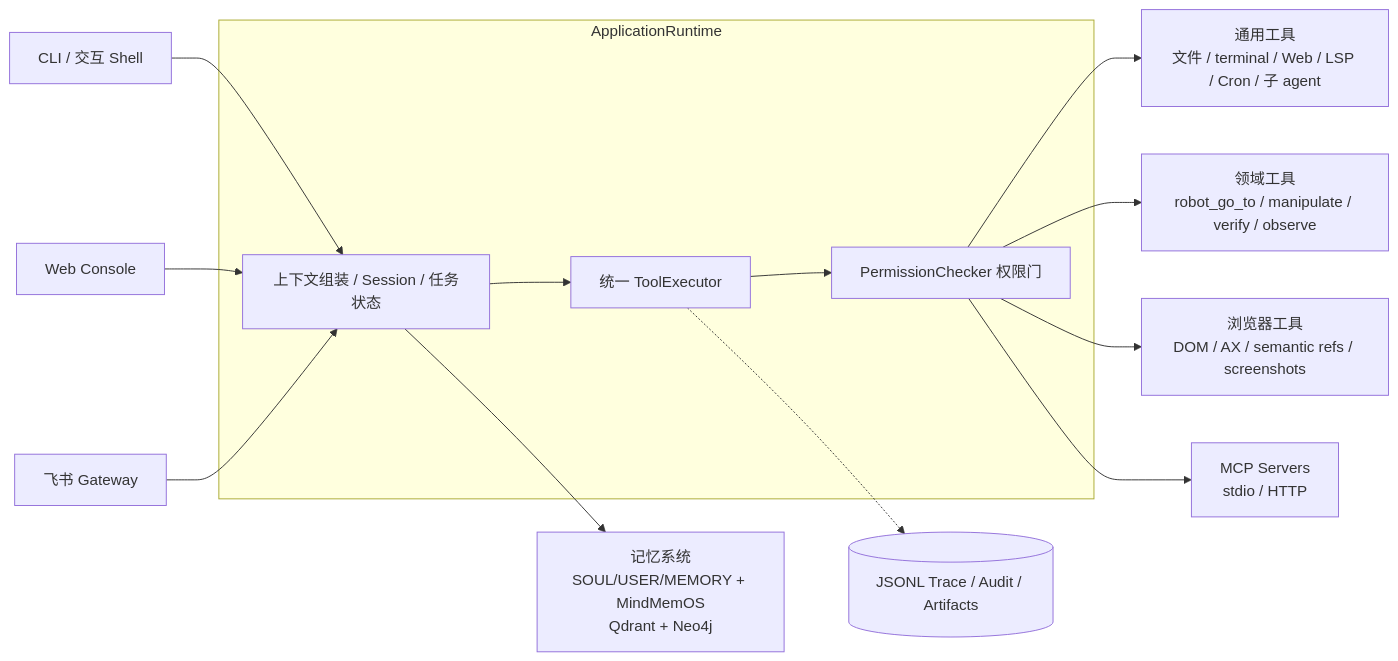
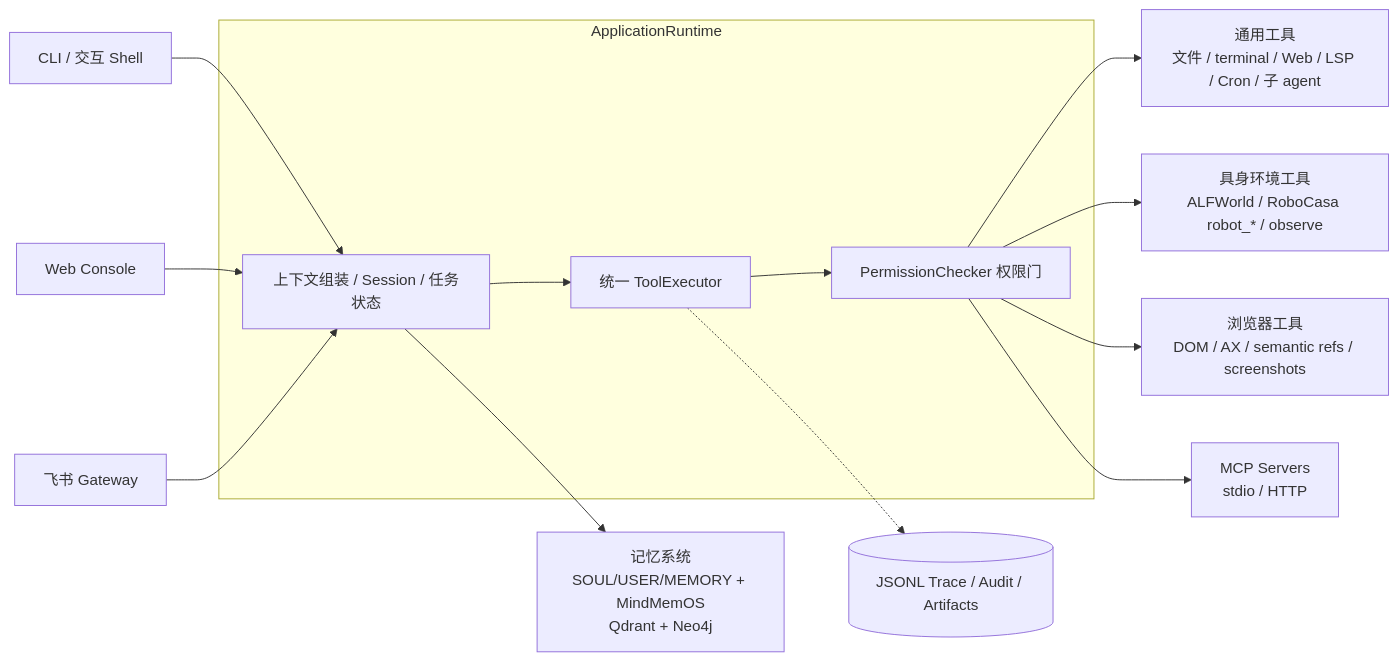
The diagram in README.md (Wylam-Yun/Homemaster), drawn with Mermaid before and after one commit. The commit also changed other lines of this file and 39 other files, not shown here.

````diff
--- a/README.md
+++ b/README.md
@@ -71,24 +68,24 @@
 ```mermaid
 flowchart LR
     CLI[CLI / 交互 Shell]
     WEB[Web Console]
     FEI[飞书 Gateway]
     CLI --> RT
     WEB --> RT
     FEI --> RT
 
     subgraph Runtime[ApplicationRuntime]
         RT[上下文组装 / Session / 任务状态]
         EXE[统一 ToolExecutor]
         PERM[PermissionChecker 权限门]
         RT --> EXE --> PERM
     end
 
     PERM --> TOOLS[通用工具<br/>文件 / terminal / Web / LSP / Cron / 子 agent]
-    PERM --> DOMAIN[领域工具<br/>robot_go_to / manipulate / verify / observe]
+    PERM --> DOMAIN[具身环境工具<br/>ALFWorld / RoboCasa robot_* / observe]
     PERM --> BROWSER[浏览器工具<br/>DOM / AX / semantic refs / screenshots]
     PERM --> MCP[MCP Servers<br/>stdio / HTTP]
     RT --> MEM[记忆系统<br/>SOUL/USER/MEMORY + MindMemOS<br/>Qdrant + Neo4j]
 
     EXE -.-> TRACE[(JSONL Trace / Audit / Artifacts)]
 ```
````
